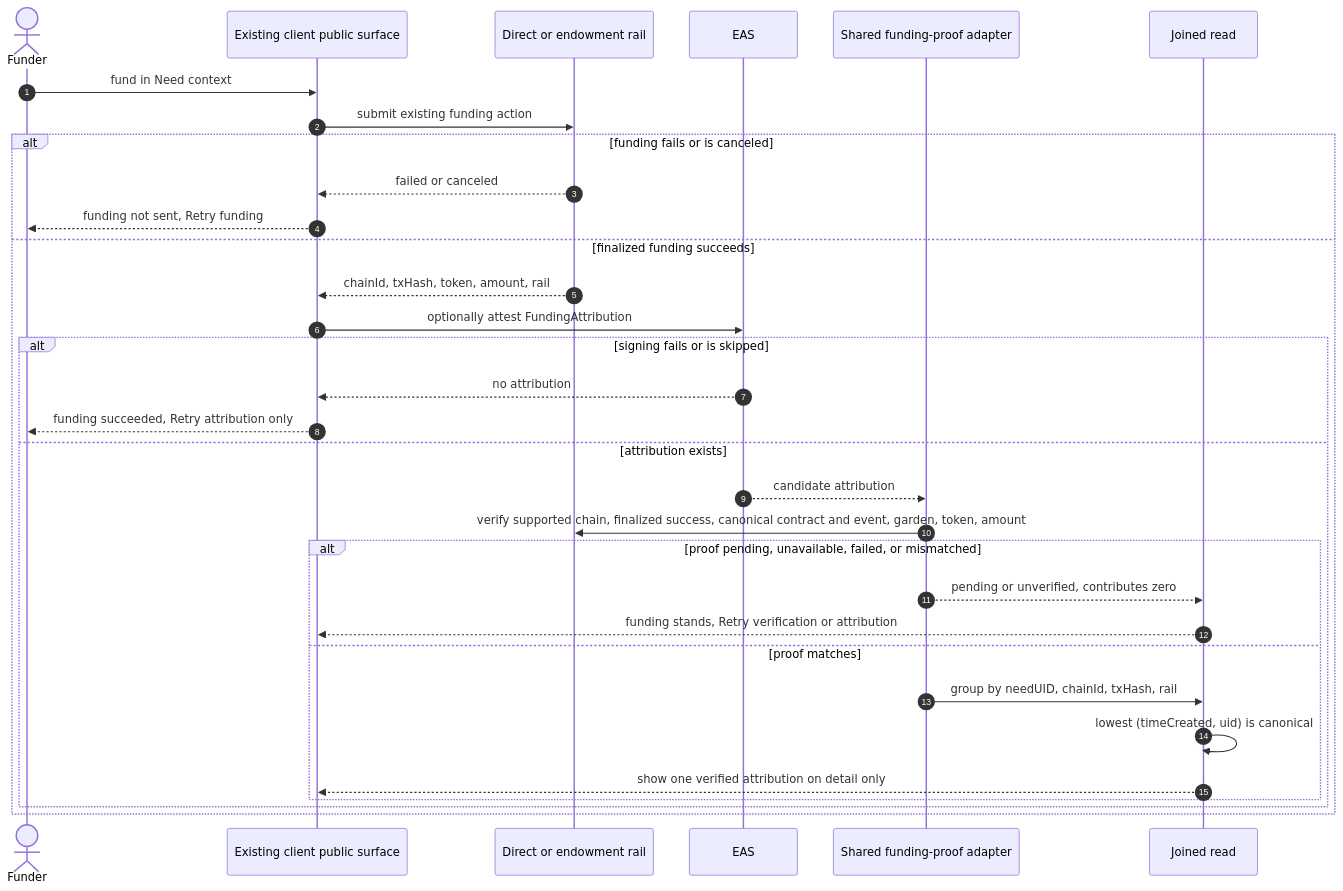
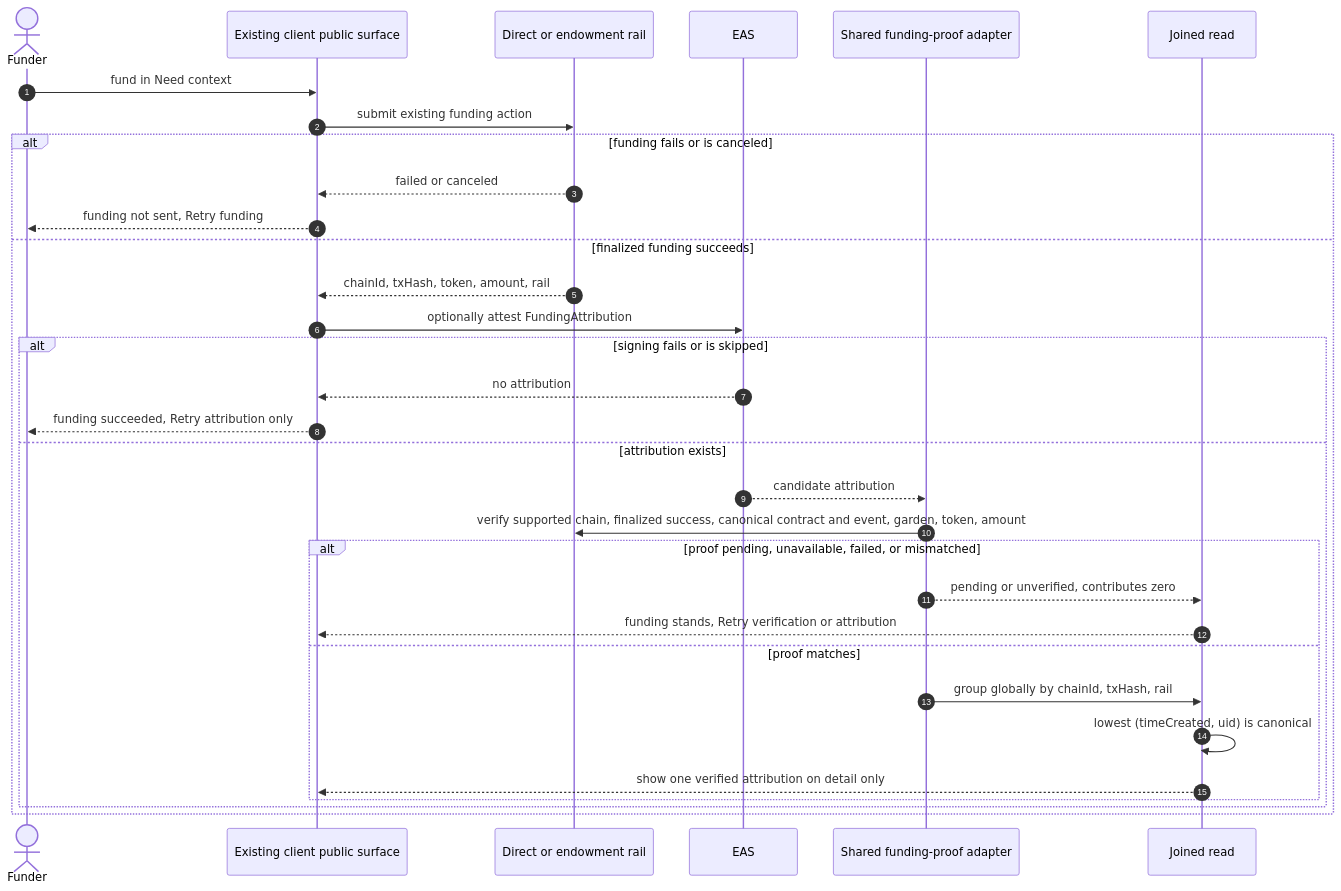
One commit to greenpill-dev-guild/green-goods changed diagram 11 of 14 in .plans/active/community-interface/diagrams.md. Above: the diagram before and after it, drawn with Mermaid. The commit also changed other lines of this file and 35 other files, not shown here.

Commit message:
refactor(shared,client): streamline cross-package application flows

````diff
--- a/.plans/active/community-interface/diagrams.md
+++ b/.plans/active/community-interface/diagrams.md
@@ -361,35 +406,35 @@
 ```mermaid
 sequenceDiagram
   autonumber
   actor F as Funder
   participant WEB as Existing client public surface
   participant RAIL as Direct or endowment rail
   participant EAS as EAS
   participant PROOF as Shared funding-proof adapter
   participant READ as Joined read
 
   F->>WEB: fund in Need context
   WEB->>RAIL: submit existing funding action
   alt funding fails or is canceled
     RAIL-->>WEB: failed or canceled
     WEB-->>F: funding not sent, Retry funding
   else finalized funding succeeds
     RAIL-->>WEB: chainId, txHash, token, amount, rail
     WEB->>EAS: optionally attest FundingAttribution
     alt signing fails or is skipped
       EAS-->>WEB: no attribution
       WEB-->>F: funding succeeded, Retry attribution only
     else attribution exists
       EAS-->>PROOF: candidate attribution
       PROOF->>RAIL: verify supported chain, finalized success, canonical contract and event, garden, token, amount
       alt proof pending, unavailable, failed, or mismatched
         PROOF-->>READ: pending or unverified, contributes zero
         READ-->>WEB: funding stands, Retry verification or attribution
       else proof matches
-        PROOF->>READ: group by needUID, chainId, txHash, rail
+        PROOF->>READ: group globally by chainId, txHash, rail
         READ->>READ: lowest (timeCreated, uid) is canonical
         READ-->>WEB: show one verified attribution on detail only
       end
     end
   end
 ```
````
